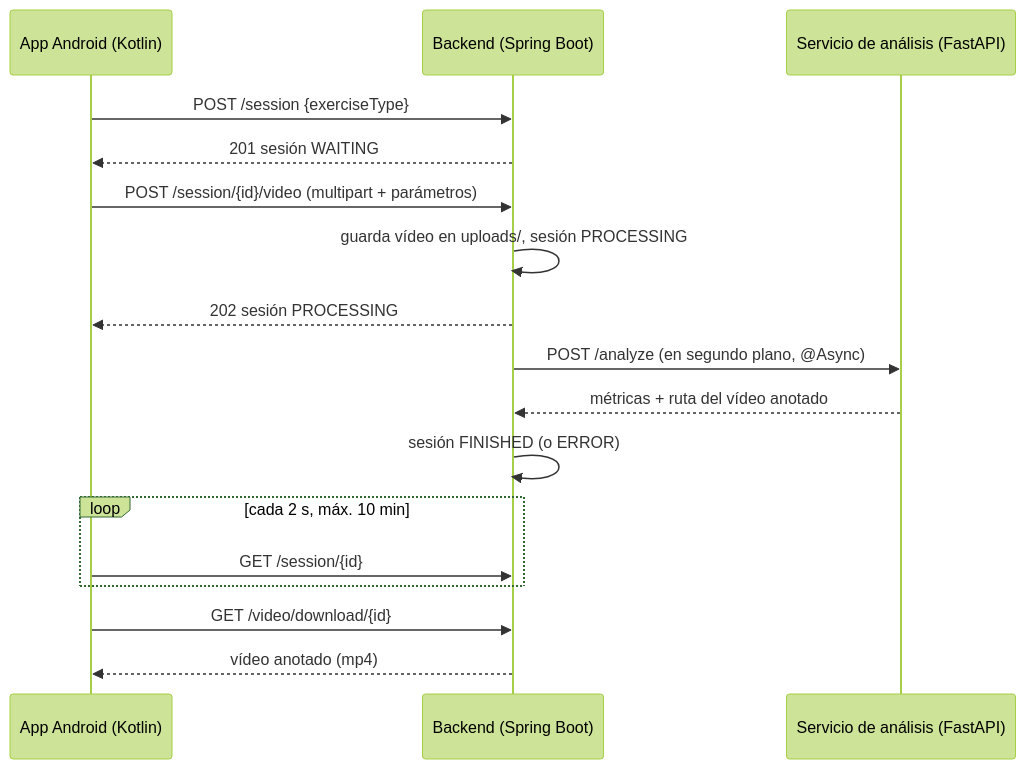
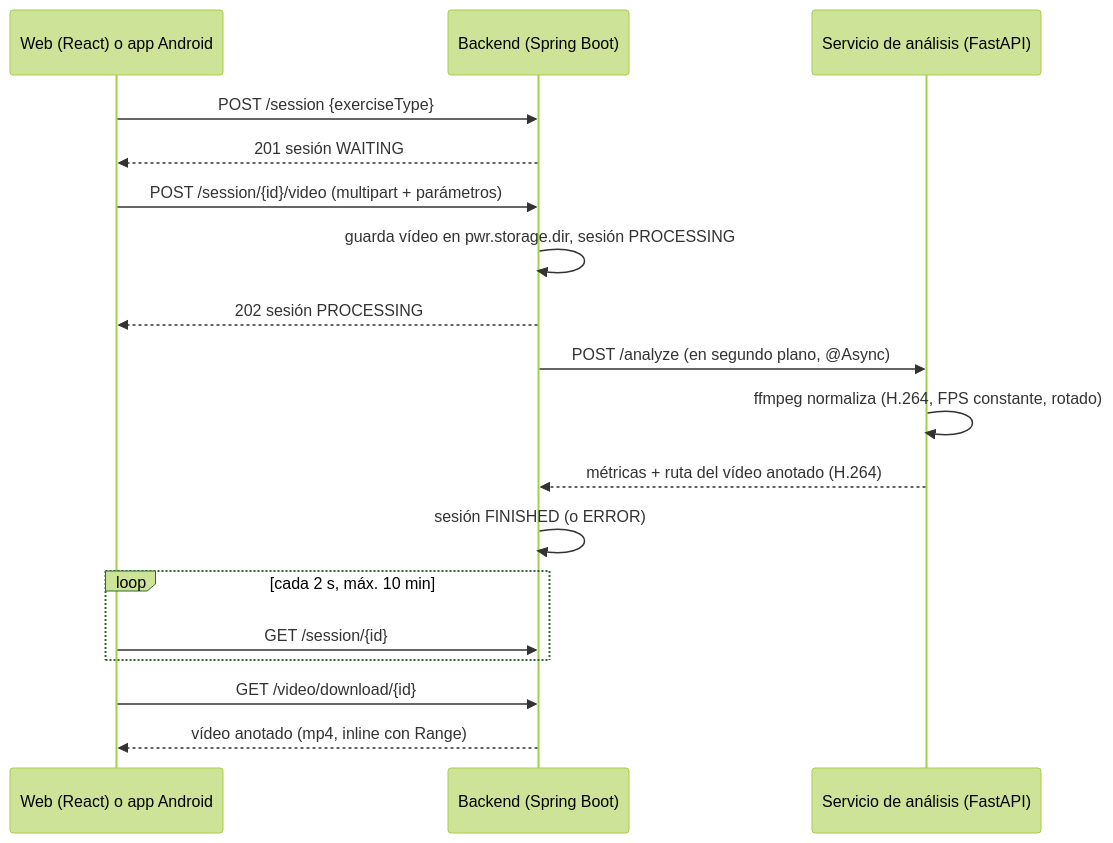
Before and after one commit to Mlz97/PowerMetrics: the first of 2 diagrams in docs/ARQUITECTURA.md, drawn with Mermaid (forest theme). The commit also changed other lines of this file and 13 other files, not shown here.

Commit message:
feat(deploy): add Docker Compose stack with Caddy, Postgres and ffmpeg, and document the web launch

````diff
--- a/docs/ARQUITECTURA.md
+++ b/docs/ARQUITECTURA.md
@@ -9,20 +9,21 @@
 ```mermaid
 sequenceDiagram
-    participant App as App Android (Kotlin)
+    participant App as Web (React) o app Android
     participant BE as Backend (Spring Boot)
     participant PY as Servicio de análisis (FastAPI)
 
     App->>BE: POST /session {exerciseType}
     BE-->>App: 201 sesión WAITING
     App->>BE: POST /session/{id}/video (multipart + parámetros)
-    BE->>BE: guarda vídeo en uploads/, sesión PROCESSING
+    BE->>BE: guarda vídeo en pwr.storage.dir, sesión PROCESSING
     BE-->>App: 202 sesión PROCESSING
     BE->>PY: POST /analyze (en segundo plano, @Async)
-    PY-->>BE: métricas + ruta del vídeo anotado
+    PY->>PY: ffmpeg normaliza (H.264, FPS constante, rotado)
+    PY-->>BE: métricas + ruta del vídeo anotado (H.264)
     BE->>BE: sesión FINISHED (o ERROR)
     loop cada 2 s, máx. 10 min
         App->>BE: GET /session/{id}
     end
     App->>BE: GET /video/download/{id}
-    BE-->>App: vídeo anotado (mp4)
+    BE-->>App: vídeo anotado (mp4, inline con Range)
 ```
````
